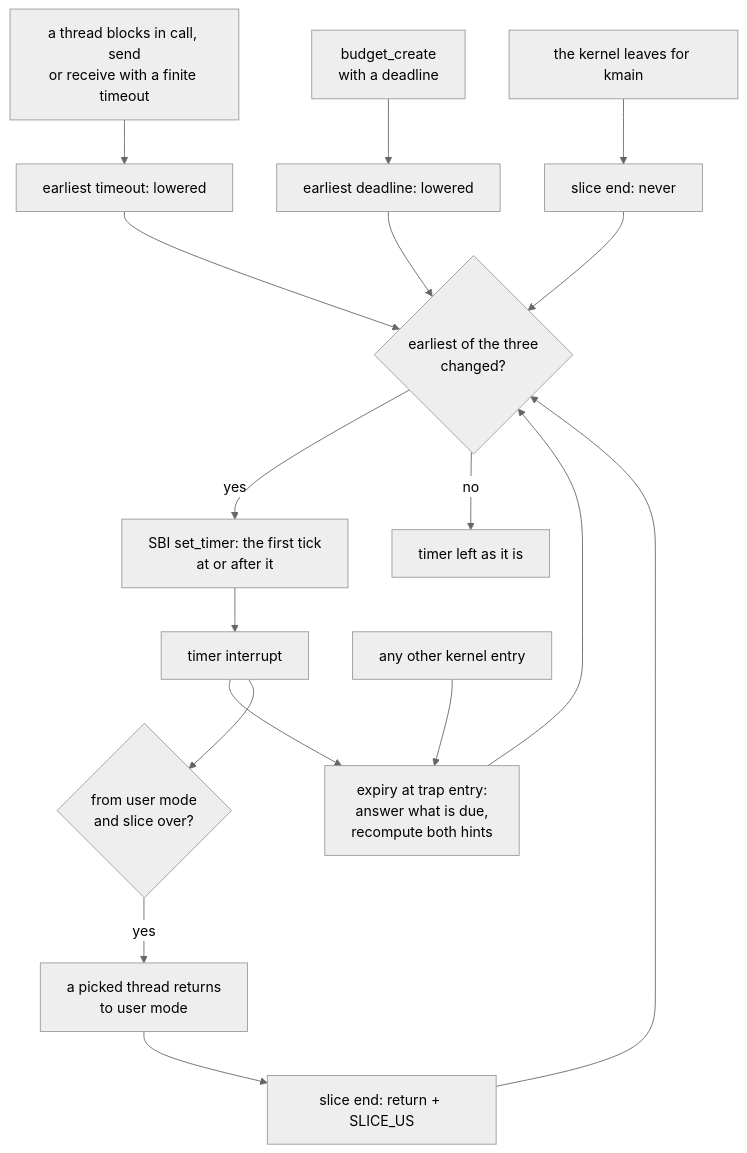
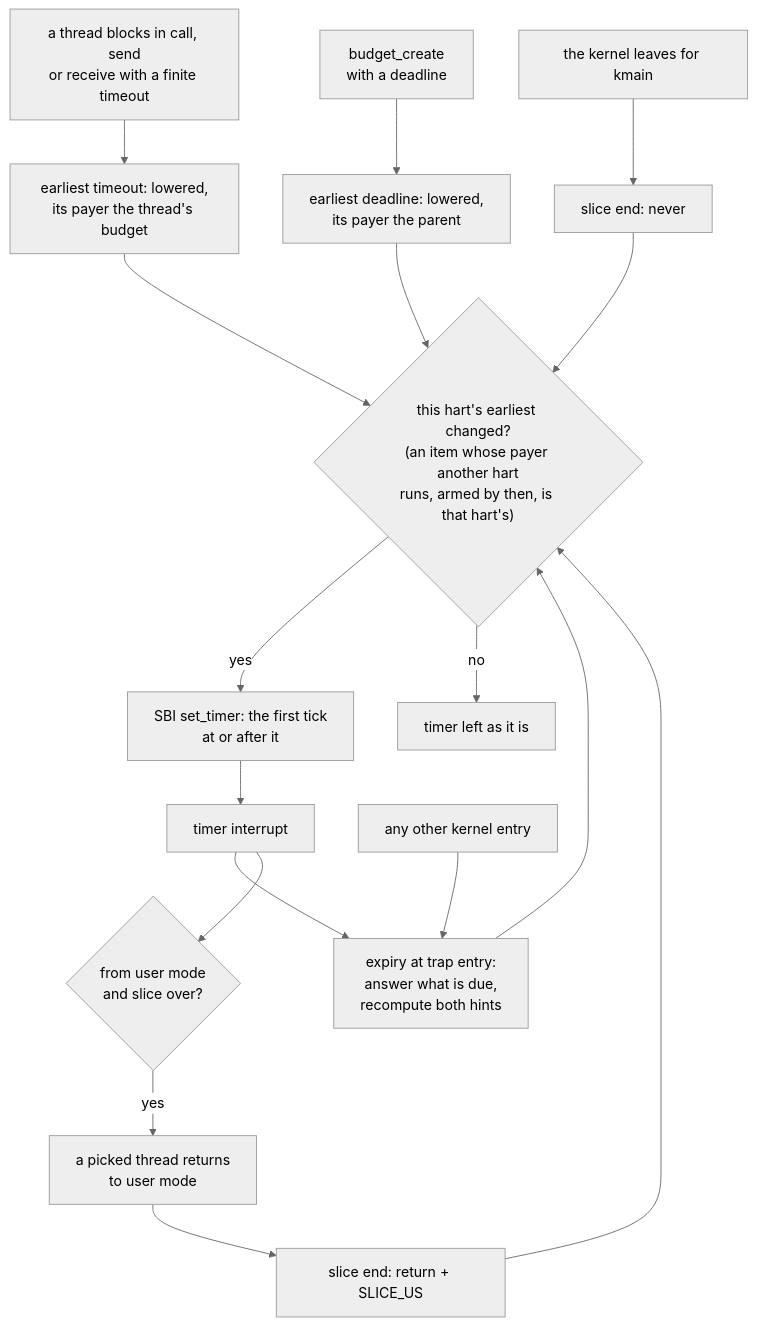
Before and after one commit to sirmick/redoubt: the diagram in docs/kernel/timer.md, drawn with Mermaid (neutral theme). The commit also changed other lines of this file and 9 other files, not shown here.

````diff
--- a/docs/kernel/timer.md
+++ b/docs/kernel/timer.md
@@ -75,19 +95,19 @@
 ```mermaid
 flowchart TD
-    blk["a thread blocks in call, send<br/>or receive with a finite timeout"] --> hto["earliest timeout: lowered"]
-    mk["budget_create<br/>with a deadline"] --> hdl["earliest deadline: lowered"]
+    blk["a thread blocks in call, send<br/>or receive with a finite timeout"] --> hto["earliest timeout: lowered,<br/>its payer the thread's budget"]
+    mk["budget_create<br/>with a deadline"] --> hdl["earliest deadline: lowered,<br/>its payer the parent"]
     pick[a picked thread returns<br/>to user mode] --> hsl["slice end: return + SLICE_US"]
     leave[the kernel leaves for kmain] --> hnv["slice end: never"]
-    hto --> M{earliest of the three<br/>changed?}
+    hto --> M{"this hart's earliest changed?<br/>(an item whose payer another hart<br/>runs, armed by then, is that hart's)"}
     hdl --> M
     hsl --> M
     hnv --> M
     M -- yes --> arm["SBI set_timer: the first tick<br/>at or after it"]
     M -- no --> K[timer left as it is]
     arm --> I[timer interrupt]
     I --> X["expiry at trap entry:<br/>answer what is due,<br/>recompute both hints"]
     Y[any other kernel entry] --> X
     X --> M
     I --> over{"from user mode<br/>and slice over?"}
     over -- yes --> pick
 ```
````
